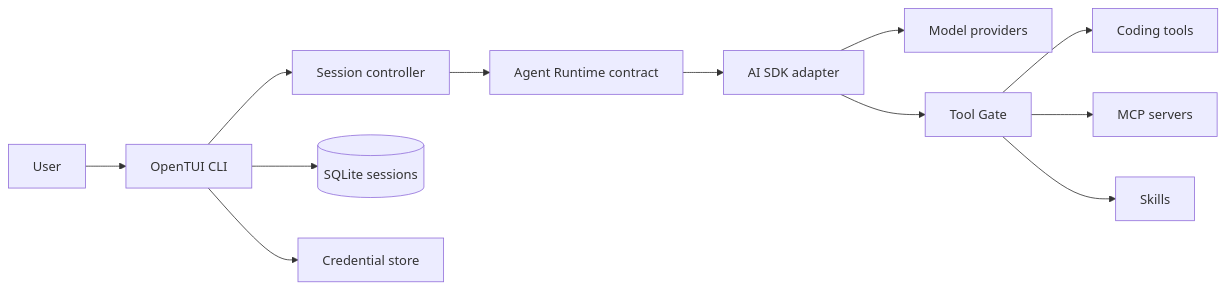
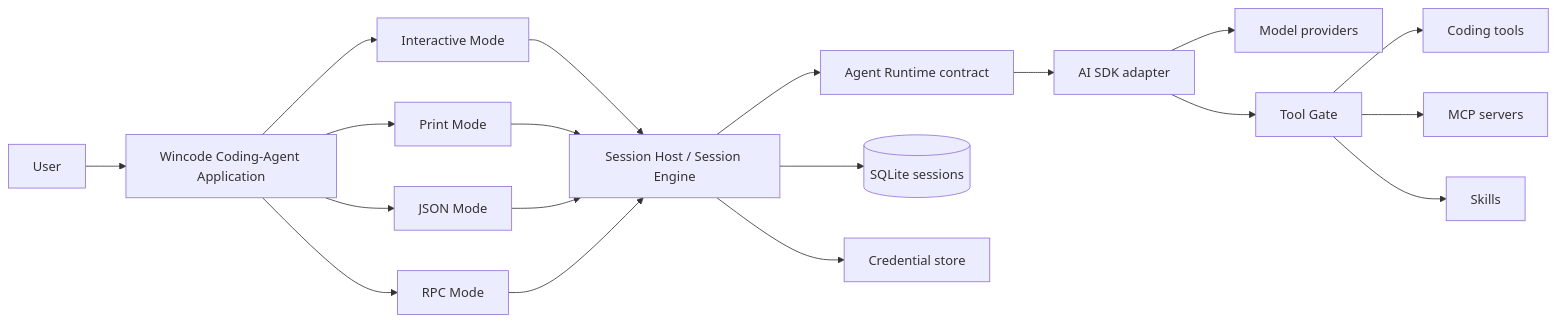
The diagram in ARCHITECTURE.md (sonwjnn/wincode), drawn with Mermaid before and after one commit. The commit also changed other lines of this file and 449 other files, not shown here.

First line of the commit message:
feat(coding-agent): consolidate CLI and TUI modes

````diff
--- a/ARCHITECTURE.md
+++ b/ARCHITECTURE.md
@@ -7,14 +10,21 @@
 ```mermaid
 flowchart LR
-    User --> TUI[OpenTUI CLI]
-    TUI --> Session[Session controller]
+    User --> App[Wincode Coding-Agent Application]
+    App --> Interactive[Interactive Mode]
+    App --> Print[Print Mode]
+    App --> JSON[JSON Mode]
+    App --> RPC[RPC Mode]
+    Interactive --> Session[Session Host / Session Engine]
+    Print --> Session
+    JSON --> Session
+    RPC --> Session
     Session --> Core[Agent Runtime contract]
     Core --> Runtime[AI SDK adapter]
     Runtime --> Providers[Model providers]
     Runtime --> Gate[Tool Gate]
     Gate --> Tools[Coding tools]
     Gate --> MCP[MCP servers]
     Gate --> Skills[Skills]
-    TUI --> Store[(SQLite sessions)]
-    TUI --> Secrets[Credential store]
+    Session --> Store[(SQLite sessions)]
+    Session --> Secrets[Credential store]
 ```
````
